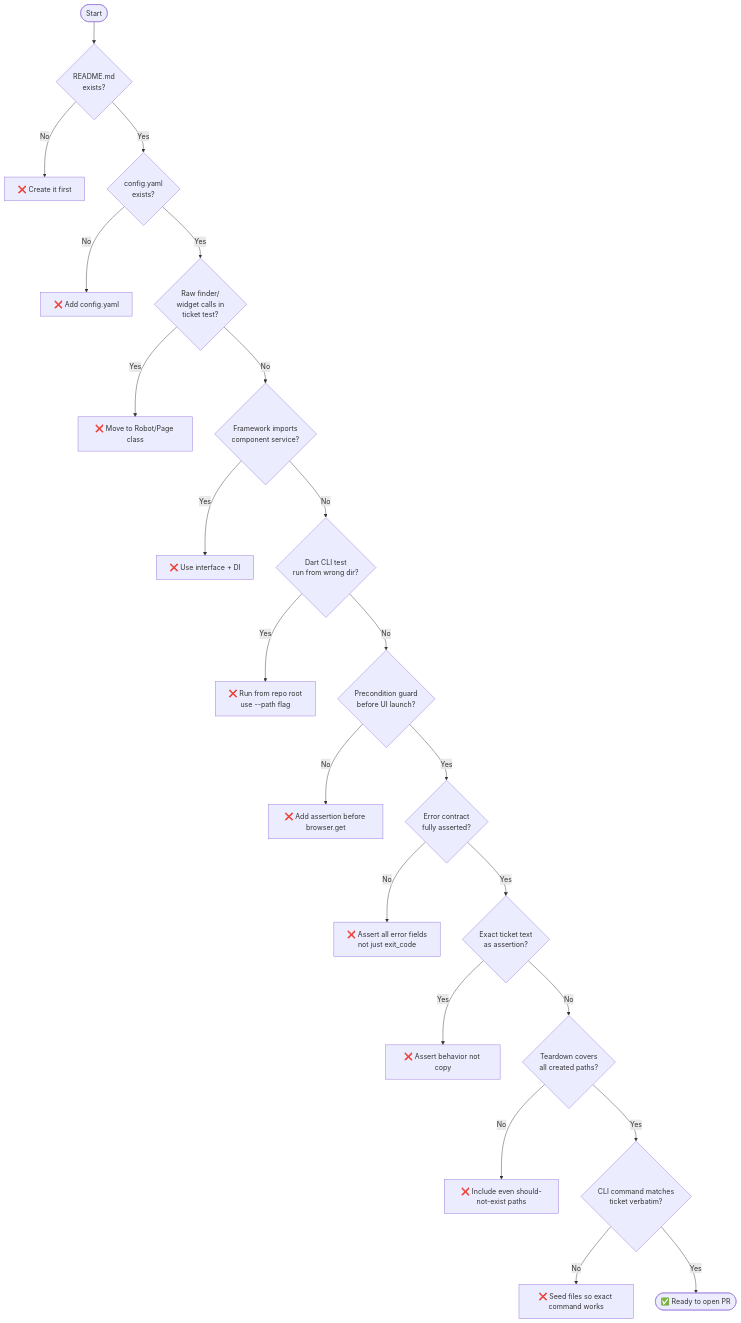
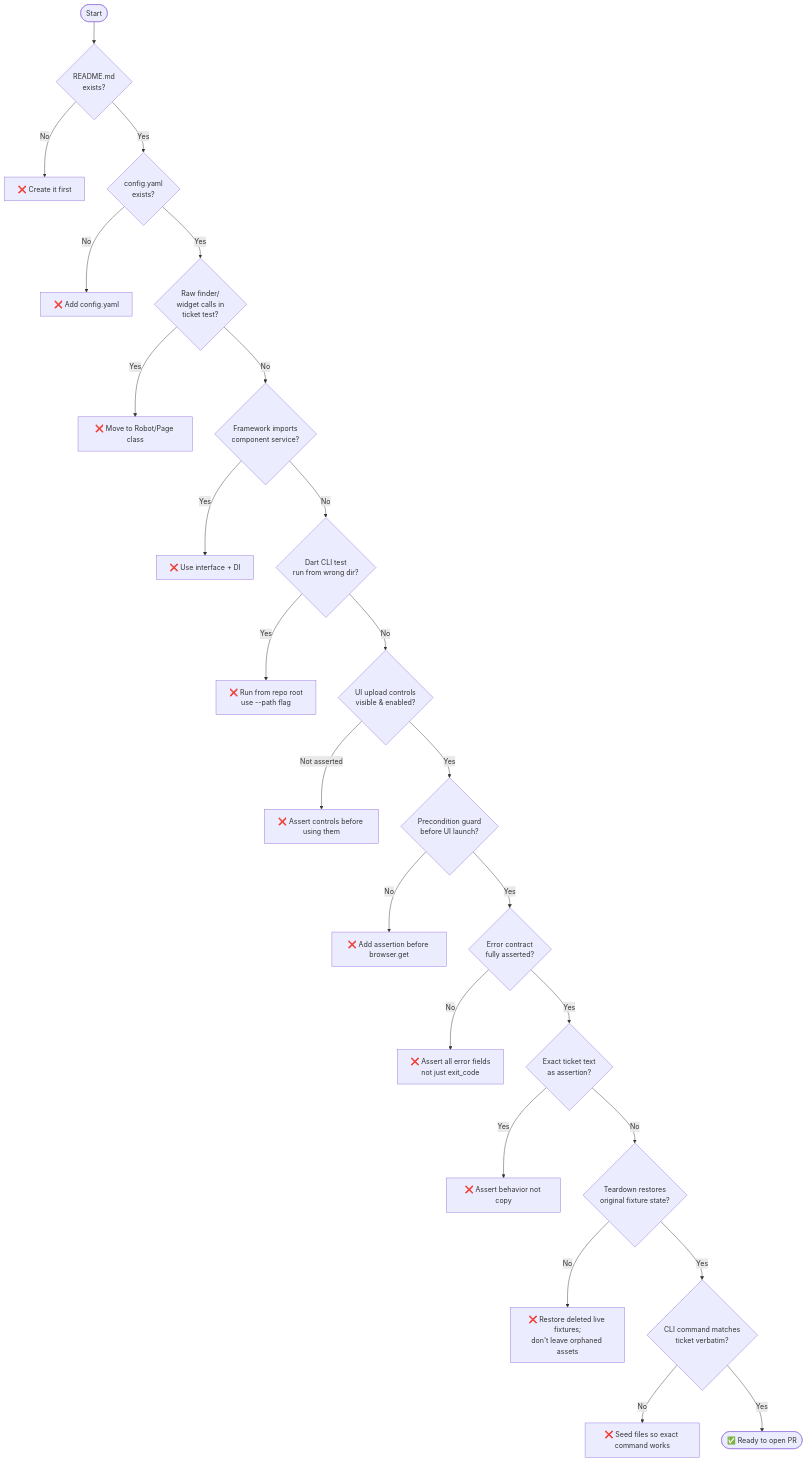
The second of 3 diagrams in .dmtools/instructions/agents/test_automation_hardening.md (IstiN/trackstate), drawn with Mermaid before and after one commit. The commit also changed other lines of this file and 1 other file, not shown here.

First line of the commit message:
Add teardown-restore and upload-controls-assertion rules

````diff
--- a/.dmtools/instructions/agents/test_automation_hardening.md
+++ b/.dmtools/instructions/agents/test_automation_hardening.md
@@ -19,24 +19,26 @@
 ```mermaid
 flowchart TD
   A([Start]) --> R{README.md\nexists?}
   R -->|No| FAIL1[❌ Create it first]
   R -->|Yes| Cfg{config.yaml\nexists?}
   Cfg -->|No| FAIL2[❌ Add config.yaml]
   Cfg -->|Yes| Layer{Raw finder/\nwidget calls in\nticket test?}
   Layer -->|Yes| FAIL3[❌ Move to Robot/Page class]
   Layer -->|No| Import{Framework imports\ncomponent service?}
   Import -->|Yes| FAIL4[❌ Use interface + DI]
   Import -->|No| CLI{Dart CLI test\nrun from wrong dir?}
   CLI -->|Yes| FAIL5[❌ Run from repo root\nuse --path flag]
-  CLI -->|No| Pre{Precondition guard\nbefore UI launch?}
+  CLI -->|No| Ctrl{UI upload controls\nvisible & enabled?}
+  Ctrl -->|Not asserted| FAIL5B[❌ Assert controls before using them]
+  Ctrl -->|Yes| Pre{Precondition guard\nbefore UI launch?}
   Pre -->|No| FAIL6[❌ Add assertion before browser.get]
   Pre -->|Yes| Err{Error contract\nfully asserted?}
   Err -->|No| FAIL7[❌ Assert all error fields\nnot just exit_code]
   Err -->|Yes| Copy{Exact ticket text\nas assertion?}
   Copy -->|Yes| FAIL8[❌ Assert behavior not copy]
-  Copy -->|No| TD{Teardown covers\nall created paths?}
-  TD -->|No| FAIL9[❌ Include even should-not-exist paths]
+  Copy -->|No| TD{Teardown restores\noriginal fixture state?}
+  TD -->|No| FAIL9[❌ Restore deleted live fixtures;\ndon't leave orphaned assets]
   TD -->|Yes| Cmd{CLI command matches\nticket verbatim?}
   Cmd -->|No| FAIL10[❌ Seed files so exact command works]
   Cmd -->|Yes| OK([✅ Ready to open PR])
 ```
````
